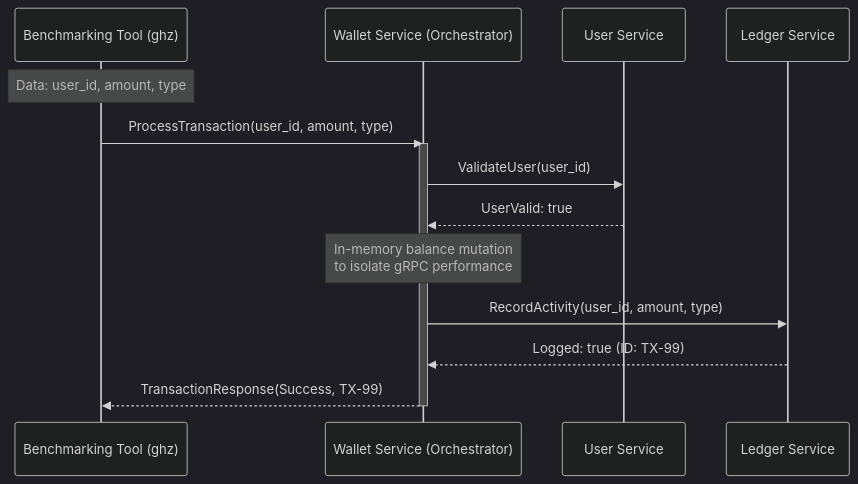
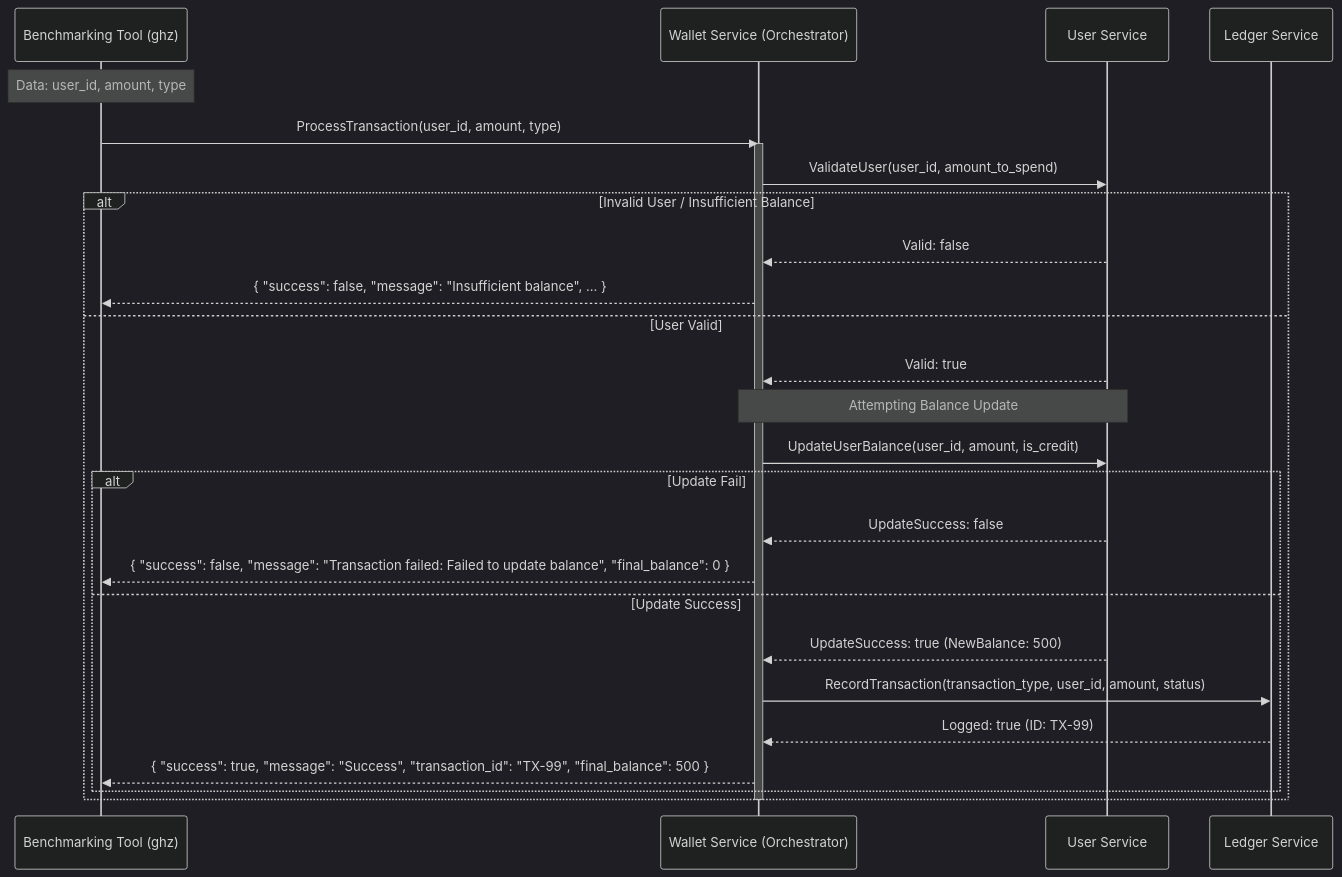
One commit to ariyapanna/go-vs-nodejs-grpc-performance-analysis changed the diagram in README.md. Above: the diagram before and after it, drawn with Mermaid (dark theme).

Commit message:
docs: Update microservices interaction overview

````diff
--- a/README.md
+++ b/README.md
@@ -5,22 +5,37 @@
 ```mermaid
 sequenceDiagram
     participant Client as Benchmarking Tool (ghz)
     participant Wallet as Wallet Service (Orchestrator)
     participant User as User Service
     participant Ledger as Ledger Service
 
     Note over Client: Data: user_id, amount, type
     Client->>Wallet: ProcessTransaction(user_id, amount, type)
     activate Wallet
     
-    Wallet->>User: ValidateUser(user_id)
-    User-->>Wallet: UserValid: true
+    Wallet->>User: ValidateUser(user_id, amount_to_spend)
+ 
+    alt Invalid User / Insufficient Balance
+        User-->>Wallet: Valid: false
+        Wallet-->>Client: { "success": false, "message": "Insufficient balance", ... }
+    else User Valid
+        User-->>Wallet: Valid: true
+        
+        Note over Wallet, User: Attempting Balance Update
+        Wallet->>User: UpdateUserBalance(user_id, amount, is_credit)
+        
+        alt Update Fail
+            User-->>Wallet: UpdateSuccess: false
+            Wallet-->>Client: { "success": false, "message": "Transaction failed: Failed to update balance", "final_balance": 0 }
+        else Update Success
+            User-->>Wallet: UpdateSuccess: true (NewBalance: 500)
+            
+            Wallet->>Ledger: RecordTransaction(transaction_type, user_id, amount, status)
+            Ledger-->>Wallet: Logged: true (ID: TX-99)
+            
+            Wallet-->>Client: { "success": true, "message": "Success", "transaction_id": "TX-99", "final_balance": 500 }
+        end
+    end
     
-    Note over Wallet: In-memory balance mutation<br/>to isolate gRPC performance
-    
-    Wallet->>Ledger: RecordActivity(user_id, amount, type)
-    Ledger-->>Wallet: Logged: true (ID: TX-99)
-    
-    Wallet-->>Client: TransactionResponse(Success, TX-99)
     deactivate Wallet
 ```
````
